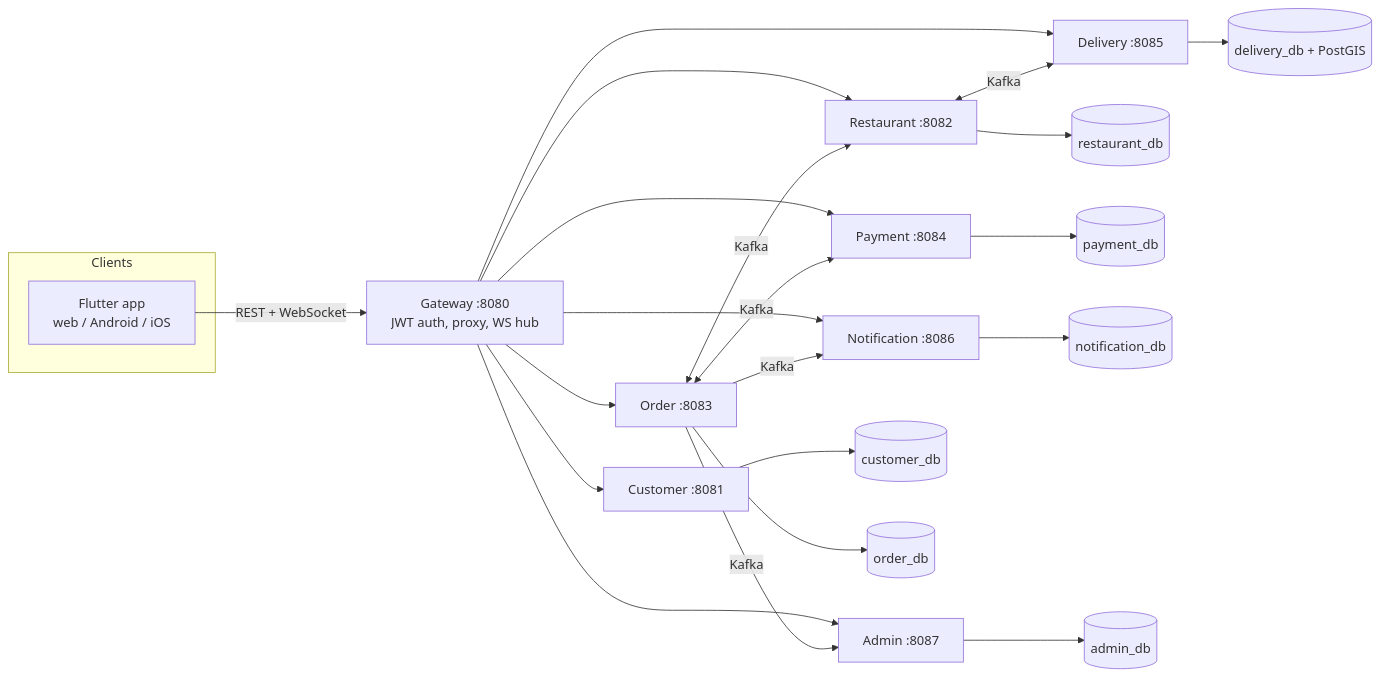
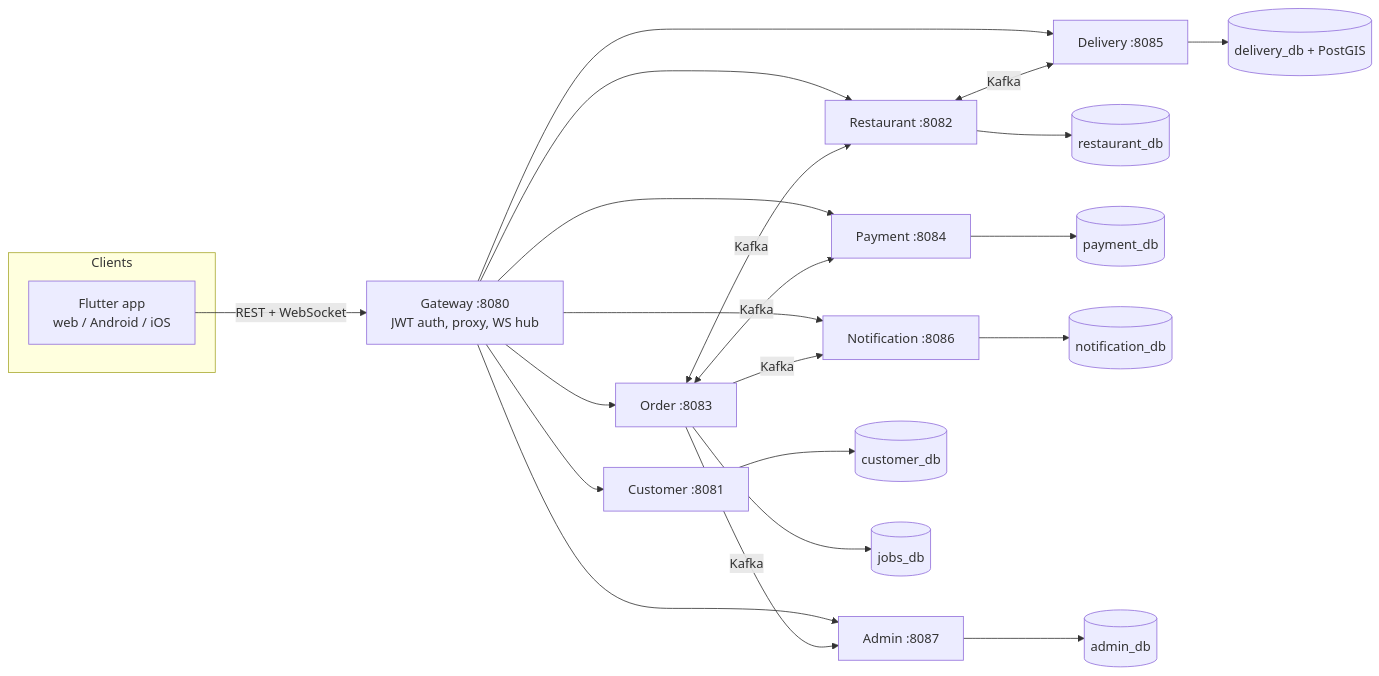
The diagram in docs/ARCHITECTURE.md (Rainer-Coetzer/delivery-platform), drawn with Mermaid before and after one commit. The commit also changed other lines of this file and 158 other files, not shown here.

````diff
--- a/docs/ARCHITECTURE.md
+++ b/docs/ARCHITECTURE.md
@@ -18,30 +23,30 @@
 ```mermaid
 flowchart LR
     subgraph Clients
         FLUTTER[Flutter app<br/>web / Android / iOS]
     end
 
     FLUTTER -->|REST + WebSocket| GW[Gateway :8080<br/>JWT auth, proxy, WS hub]
 
     GW --> CUST[Customer :8081]
     GW --> REST[Restaurant :8082]
     GW --> ORD[Order :8083]
     GW --> PAY[Payment :8084]
     GW --> DEL[Delivery :8085]
     GW --> NOTIF[Notification :8086]
     GW --> ADMIN[Admin :8087]
 
     ORD <-->|Kafka| REST
     ORD <-->|Kafka| PAY
     REST <-->|Kafka| DEL
     ORD -->|Kafka| NOTIF
     ORD -->|Kafka| ADMIN
 
     CUST --> PGC[(customer_db)]
     REST --> PGR[(restaurant_db)]
-    ORD --> PGO[(order_db)]
+    ORD --> PGO[(jobs_db)]
     PAY --> PGP[(payment_db)]
     DEL --> PGD[(delivery_db + PostGIS)]
     NOTIF --> PGN[(notification_db)]
     ADMIN --> PGA[(admin_db)]
 ```
````
